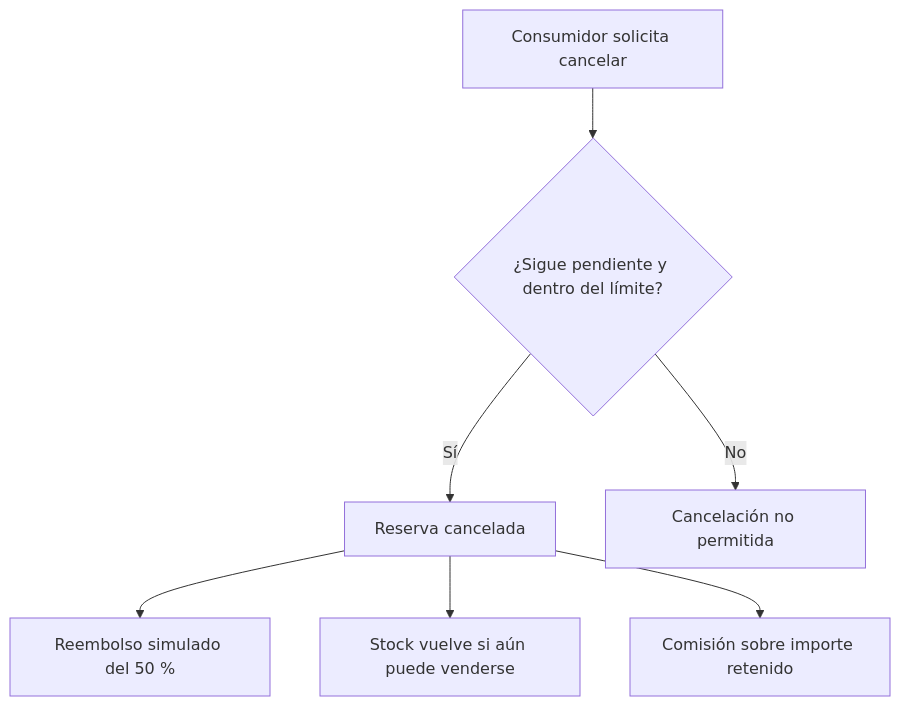
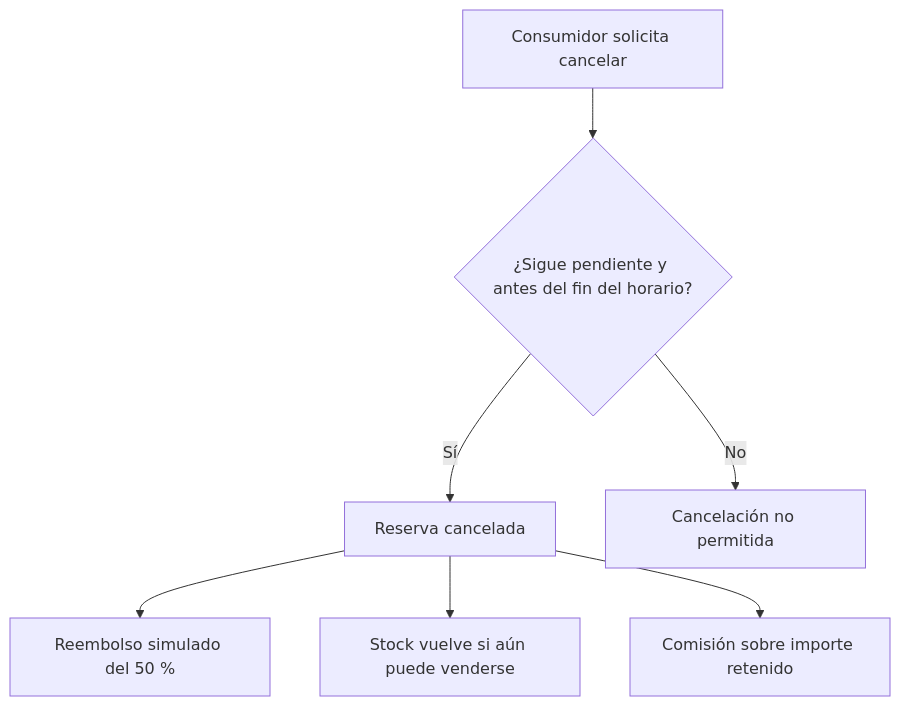
One commit to Zheyben/Sazloop changed the sixth of 7 diagrams in docs/FLUJOS_NEGOCIO.md. Above: the diagram before and after it, drawn with Mermaid. The commit also changed other lines of this file and 10 other files, not shown here.

````diff
--- a/docs/FLUJOS_NEGOCIO.md
+++ b/docs/FLUJOS_NEGOCIO.md
@@ -92,9 +94,9 @@
 ```mermaid
 flowchart TD
-    A["Consumidor solicita cancelar"] --> B{"¿Sigue pendiente y dentro del límite?"}
+    A["Consumidor solicita cancelar"] --> B{"¿Sigue pendiente y antes del fin del horario?"}
     B -->|Sí| C["Reserva cancelada"]
     C --> D["Reembolso simulado del 50 %"]
     C --> E["Stock vuelve si aún puede venderse"]
     C --> F["Comisión sobre importe retenido"]
     B -->|No| G["Cancelación no permitida"]
 ```
````
